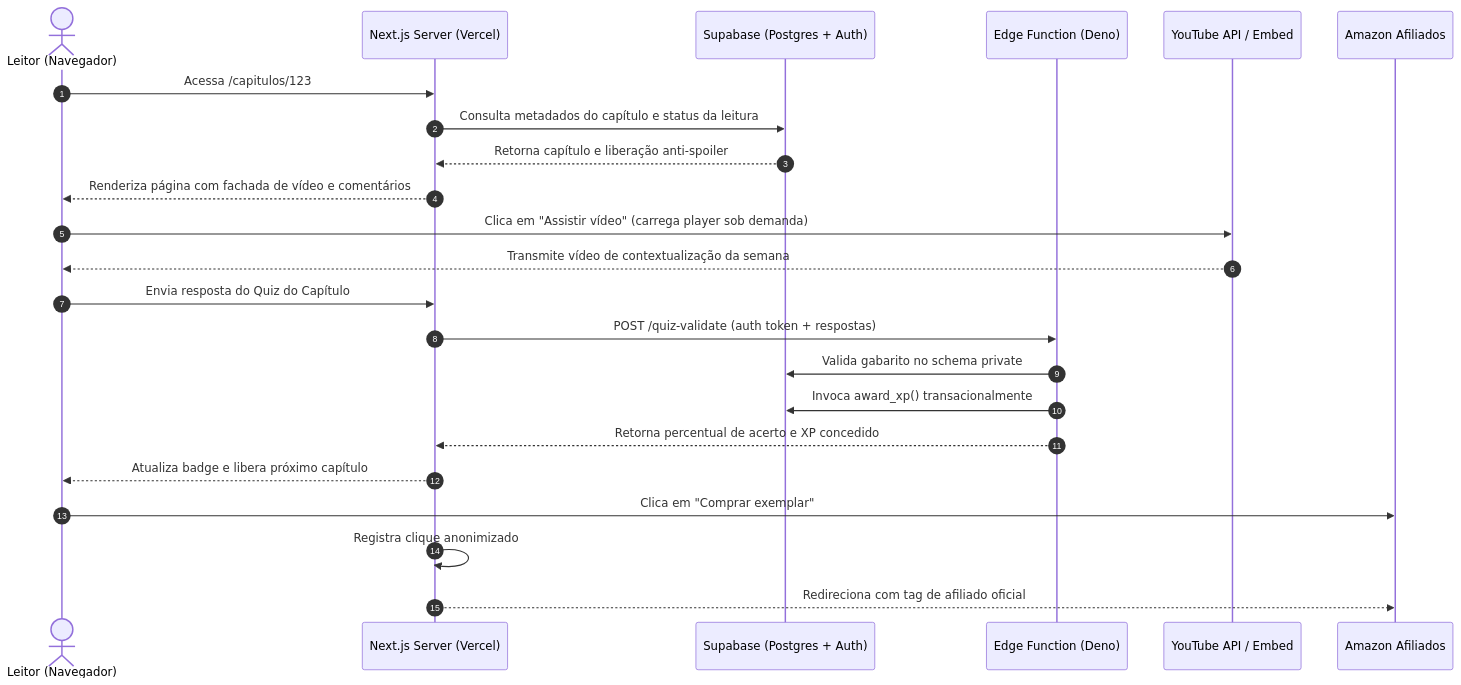
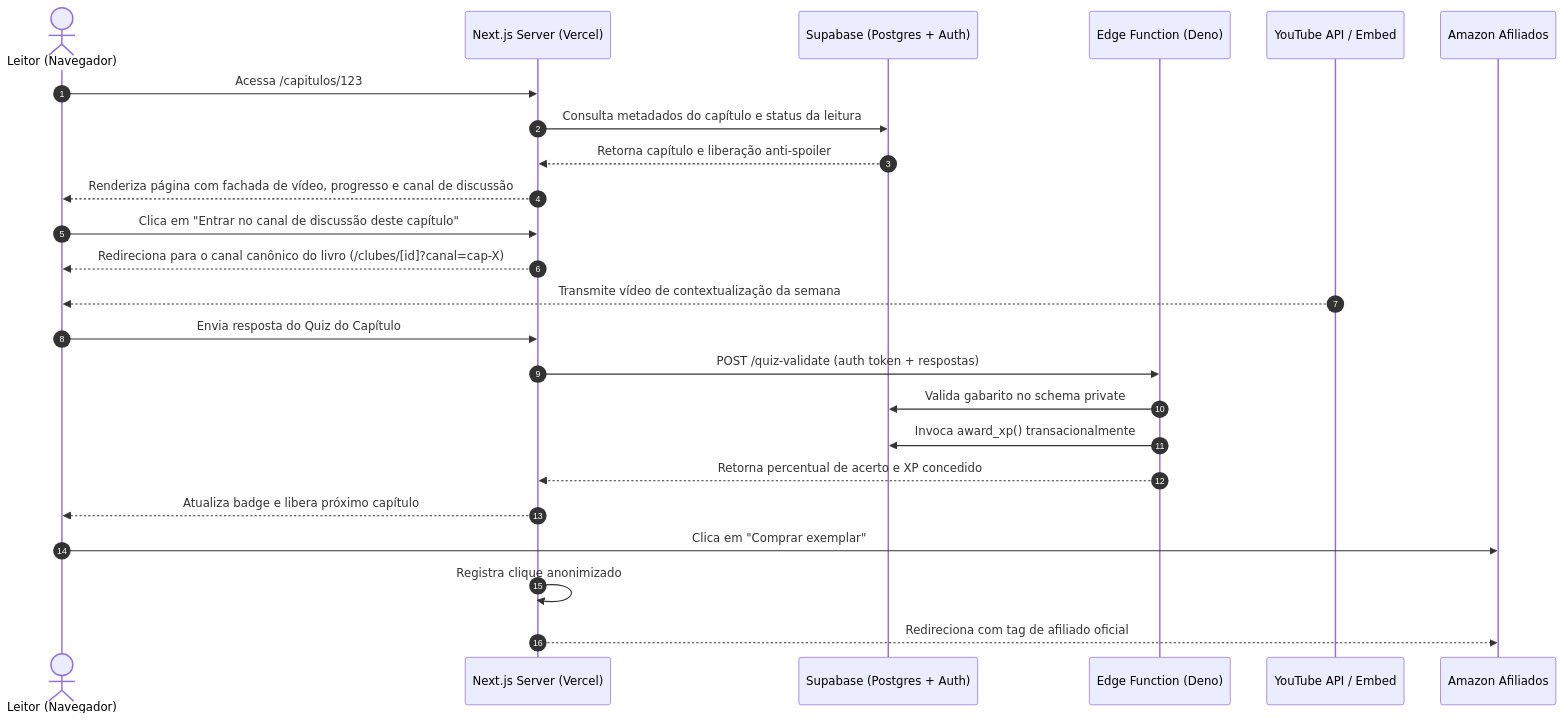
One commit to diyspur/docs changed the diagram in 01 - Arquitetura/01 - Arquitetura Frontend e Backend.md. Above: the diagram before and after it, drawn with Mermaid. The commit also changed other lines of this file and 29 other files, not shown here.

Commit message:
docs: comprehensive update aligning v1.1 architecture, excalidraw flow, and qa gates

````diff
--- a/01 - Arquitetura/01 - Arquitetura Frontend e Backend.md
+++ b/01 - Arquitetura/01 - Arquitetura Frontend e Backend.md
@@ -177,29 +192,30 @@
 ```mermaid
 sequenceDiagram
     autonumber
     actor Leitor as Leitor (Navegador)
     participant Next as Next.js Server (Vercel)
     participant Supabase as Supabase (Postgres + Auth)
     participant Edge as Edge Function (Deno)
     participant YouTube as YouTube API / Embed
     participant Amazon as Amazon Afiliados
 
     Leitor->>Next: Acessa /capitulos/123
     Next->>Supabase: Consulta metadados do capítulo e status da leitura
     Supabase-->>Next: Retorna capítulo e liberação anti-spoiler
-    Next-->>Leitor: Renderiza página com fachada de vídeo e comentários
+    Next-->>Leitor: Renderiza página com fachada de vídeo, progresso e canal de discussão
     
-    Leitor->>YouTube: Clica em "Assistir vídeo" (carrega player sob demanda)
+    Leitor->>Next: Clica em "Entrar no canal de discussão deste capítulo"
+    Next-->>Leitor: Redireciona para o canal canônico do livro (/clubes/[id]?canal=cap-X)
     YouTube-->>Leitor: Transmite vídeo de contextualização da semana
     
     Leitor->>Next: Envia resposta do Quiz do Capítulo
     Next->>Edge: POST /quiz-validate (auth token + respostas)
     Edge->>Supabase: Valida gabarito no schema private
     Edge->>Supabase: Invoca award_xp() transacionalmente
     Edge-->>Next: Retorna percentual de acerto e XP concedido
     Next-->>Leitor: Atualiza badge e libera próximo capítulo
     
     Leitor->>Amazon: Clica em "Comprar exemplar"
     Next->>Next: Registra clique anonimizado
     Next-->>Amazon: Redireciona com tag de afiliado oficial
 ```
````
